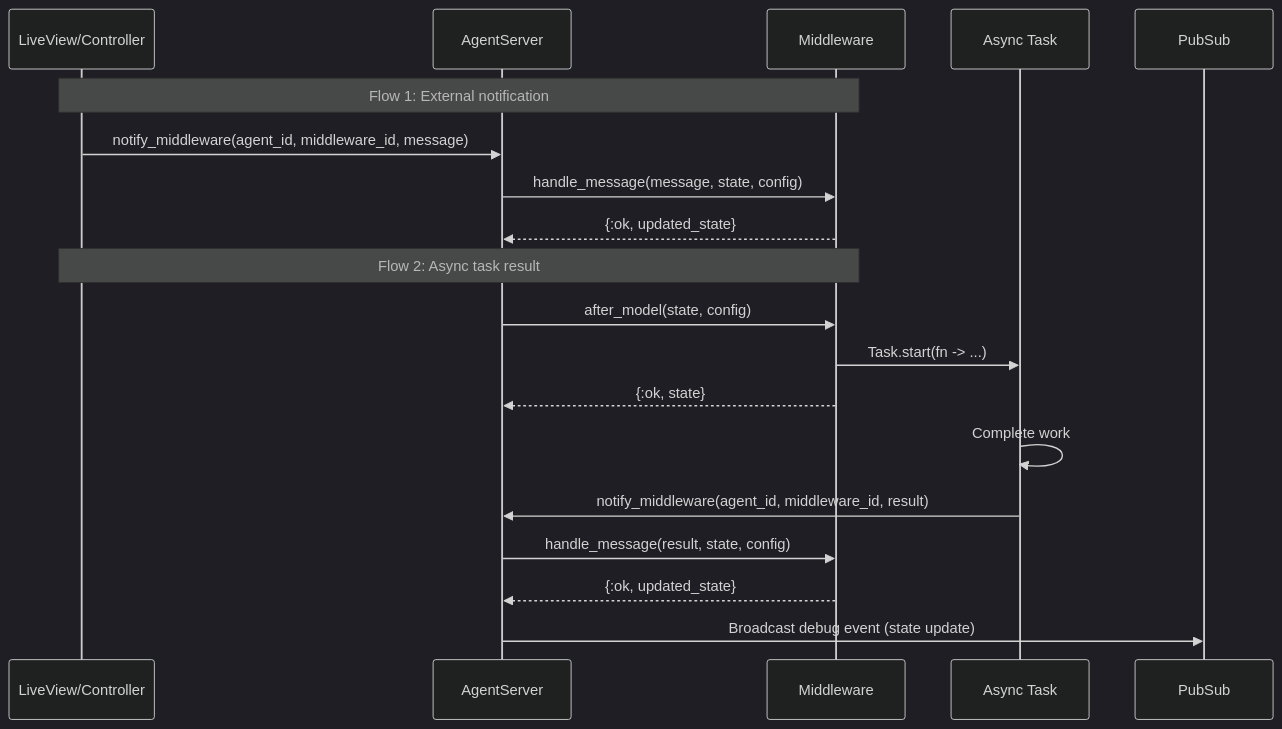
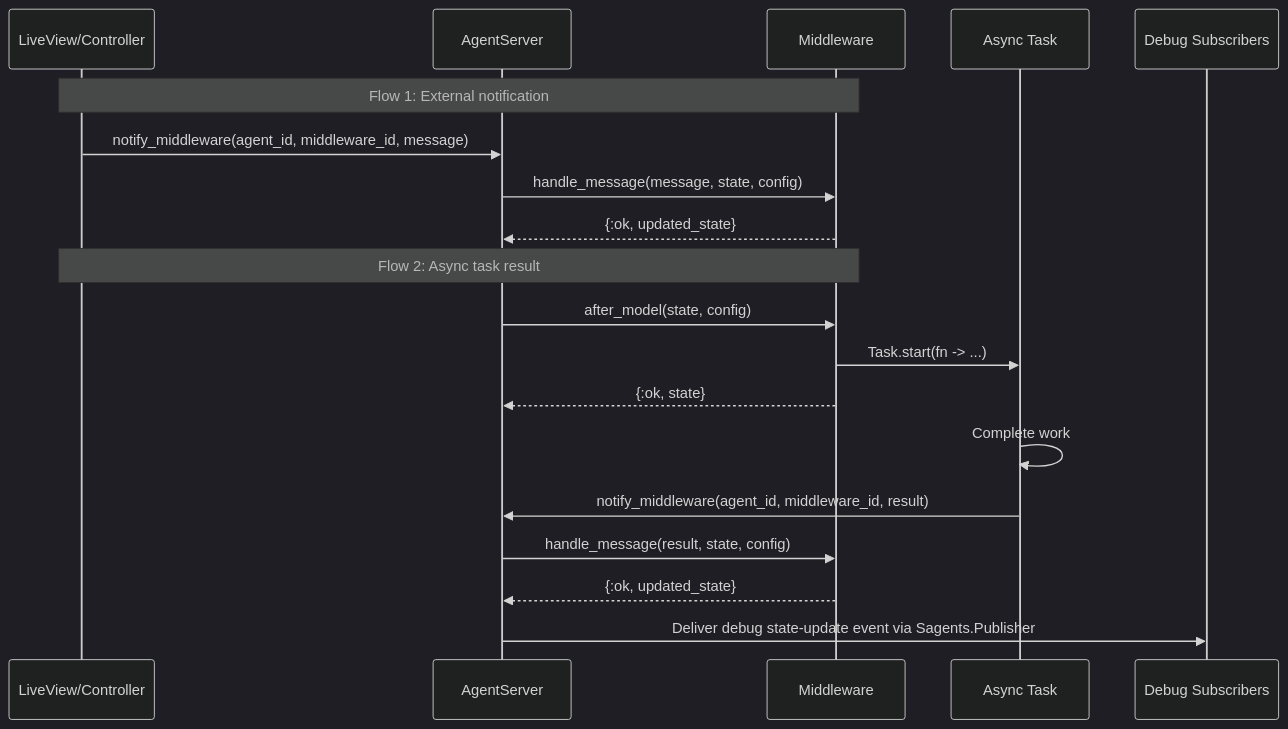
One commit to sagents-ai/sagents changed the first of 2 diagrams in docs/middleware_messaging.md. Above: the diagram before and after it, drawn with Mermaid (dark theme). The commit also changed other lines of this file and 38 other files, not shown here.

First line of the commit message:
Replace Phoenix.PubSub with direct subscriptions for agent events (#79)

````diff
--- a/docs/middleware_messaging.md
+++ b/docs/middleware_messaging.md
@@ -116,23 +116,23 @@
 ```mermaid
 sequenceDiagram
     participant LV as LiveView/Controller
     participant AS as AgentServer
     participant M as Middleware
     participant T as Async Task
-    participant PS as PubSub
+    participant SUB as Debug Subscribers
 
     Note over LV,M: Flow 1: External notification
     LV->>AS: notify_middleware(agent_id, middleware_id, message)
     AS->>M: handle_message(message, state, config)
     M-->>AS: {:ok, updated_state}
 
     Note over LV,M: Flow 2: Async task result
     AS->>M: after_model(state, config)
     M->>T: Task.start(fn -> ...)
     M-->>AS: {:ok, state}
     T->>T: Complete work
     T->>AS: notify_middleware(agent_id, middleware_id, result)
     AS->>M: handle_message(result, state, config)
     M-->>AS: {:ok, updated_state}
-    AS->>PS: Broadcast debug event (state update)
+    AS->>SUB: Deliver debug state-update event via Sagents.Publisher
 ```
````
